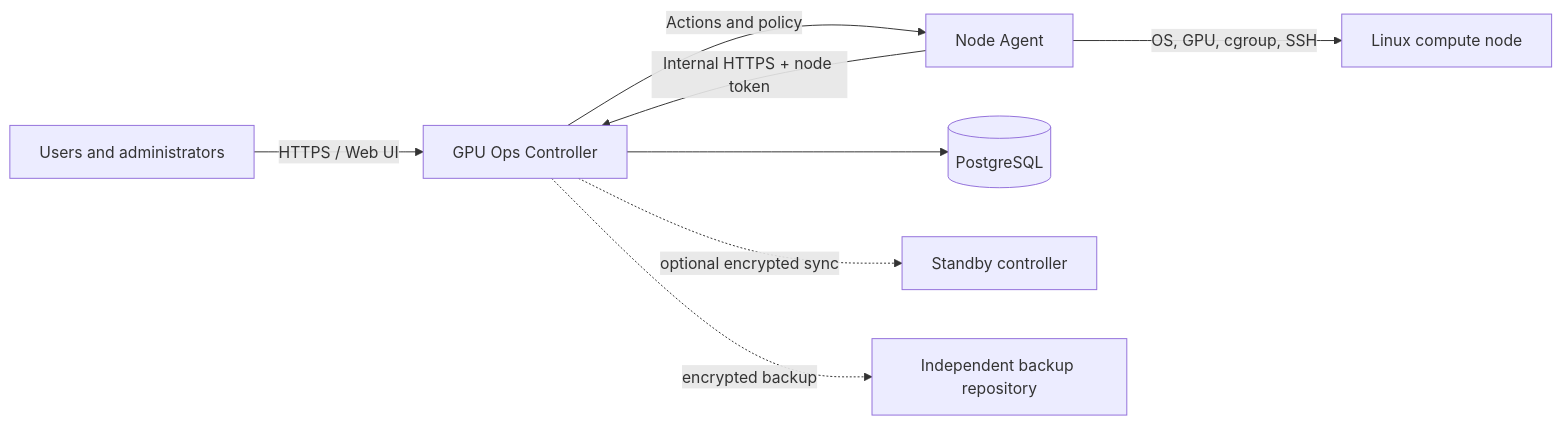
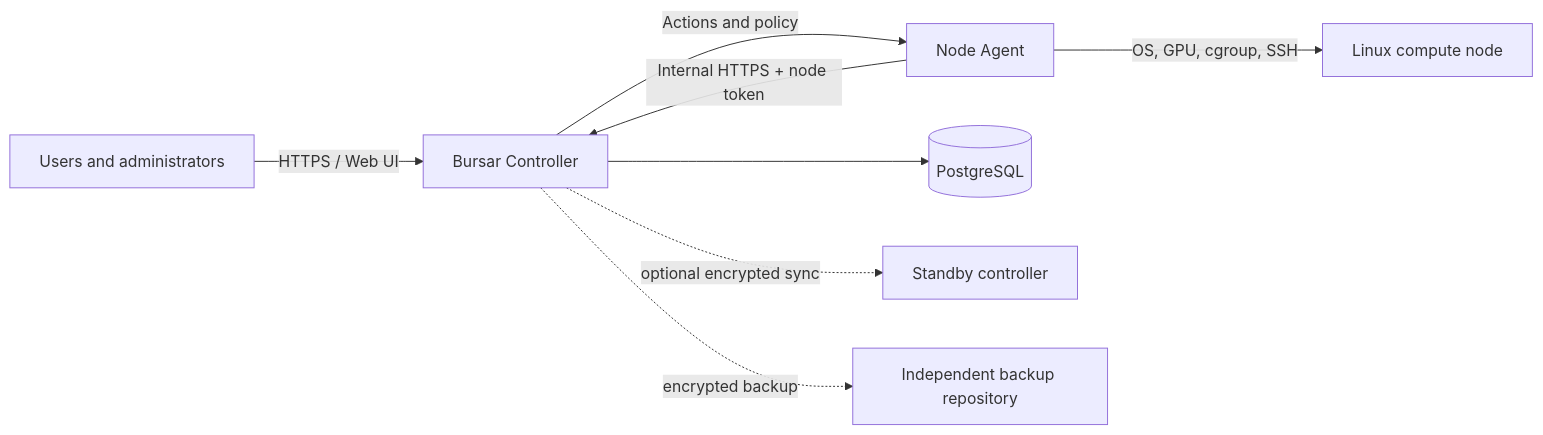
One commit to atoz03/Bursar changed the diagram in README.md. Above: the diagram before and after it, drawn with Mermaid. The commit also changed other lines of this file and 32 other files, not shown here.

````diff
--- a/README.md
+++ b/README.md
@@ -35,10 +37,10 @@
 ```mermaid
 flowchart LR
-    U[Users and administrators] -->|HTTPS / Web UI| C[GPU Ops Controller]
+    U[Users and administrators] -->|HTTPS / Web UI| C[Bursar Controller]
     A[Node Agent] -->|Internal HTTPS + node token| C
     C --> P[(PostgreSQL)]
     C -->|Actions and policy| A
     A -->|OS, GPU, cgroup, SSH| N[Linux compute node]
     C -. optional encrypted sync .-> S[Standby controller]
     C -. encrypted backup .-> B[Independent backup repository]
 ```
````
